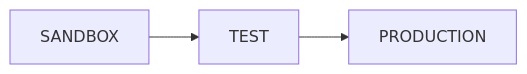
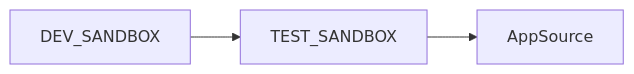
Before and after one commit to artemanpilogov/Public: the first of 2 diagrams in README.md, drawn with Mermaid.

````diff
--- a/README.md
+++ b/README.md
@@ -1,5 +1,5 @@
 ``` mermaid
 graph LR;
-    SANDBOX-->TEST;
-    TEST-->PRODUCTION;
+    DEV_SANDBOX-->TEST_SANDBOX;
+    TEST_SANDBOX-->AppSource;
 ```
````
